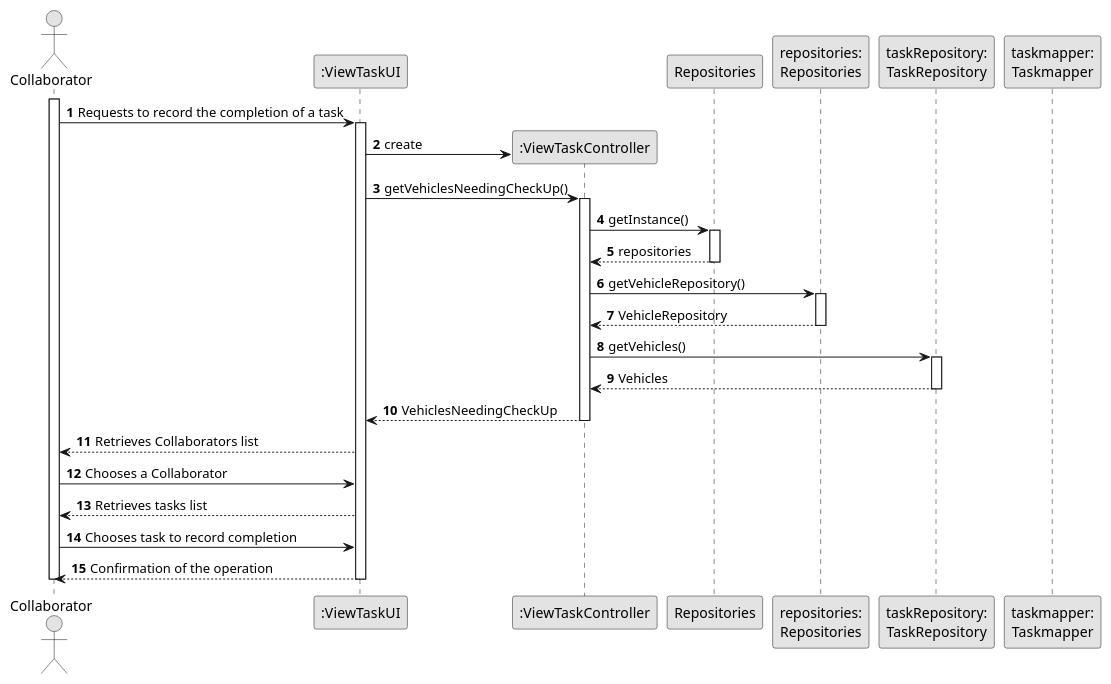
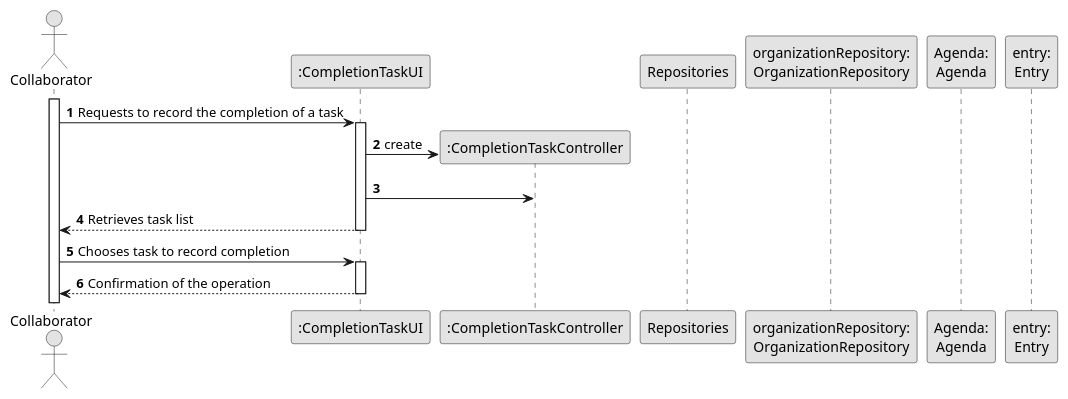
One commit to Departamento-de-Engenharia-Informatica/lei-24-s2-1df-1de-g063 changed the diagram in docs/SprintC/us29/03.design/puml/us029-sequence-diagram-full.puml. Above: the diagram before and after it, drawn with PlantUML. The commit also changed 6 other files, not shown here.

```diff
--- a/docs/SprintC/us29/03.design/puml/us029-sequence-diagram-full.puml
+++ b/docs/SprintC/us29/03.design/puml/us029-sequence-diagram-full.puml
@@ -1,70 +1,36 @@
 @startuml
 skinparam monochrome true
 skinparam packageStyle rectangle
 skinparam shadowing false
 
 autonumber
 
 'hide footbox
-actor "Collaborator" as VFM
-participant ":ViewTaskUI" as UI
-participant ":ViewTaskController" as CTRL
+actor "Collaborator" as EMP
+participant ":CompletionTaskUI" as UI
+participant ":CompletionTaskController" as CTRL
 participant "Repositories" as Rep
-participant "repositories:\nRepositories" as Repositories
-participant "taskRepository:\nTaskRepository" as VehicleRepository
-participant "taskmapper:\nTaskmapper" as Vehicle
+participant "organizationRepository:\nOrganizationRepository" as Repositories
+participant "Agenda:\nAgenda" as Agenda
+participant "entry:\nEntry" as Entry
 
-activate VFM
+activate EMP
 
-VFM -> UI : Requests to record the completion of a task
-
+    EMP -> UI : Requests to record the completion of a task
     activate UI
 
         UI -> CTRL** : create
 
-        UI -> CTRL : getVehiclesNeedingCheckUp()
-        activate CTRL
+        UI -> CTRL :
+        UI --> EMP : Retrieves task list
+    deactivate UI
 
-            CTRL -> Rep : getInstance()
-            activate Rep
+    EMP -> UI : Chooses task to record completion
+    activate UI
 
-                Rep --> CTRL : repositories
-            deactivate Rep
-
-            CTRL -> Repositories : getVehicleRepository()
-            activate Repositories
-
-            Repositories --> CTRL : VehicleRepository
-            deactivate Repositories
-
-
-            CTRL -> VehicleRepository : getVehicles()
-            activate VehicleRepository
-
-                VehicleRepository --> CTRL : Vehicles
-            deactivate VehicleRepository
-
-
-            CTRL --> UI : VehiclesNeedingCheckUp
-        deactivate CTRL
-
-        UI --> VFM : Retrieves Collaborators list
+        UI --> EMP : Confirmation of the operation
+    deactivate UI
 
 
 
-    VFM -> UI : Chooses a Collaborator
-
-
-UI --> VFM : Retrieves tasks list
-
-
-    VFM -> UI : Chooses task to record completion
-
-
-UI --> VFM : Confirmation of the operation
-
-
-deactivate UI
-deactivate VFM
-
 @enduml
```
